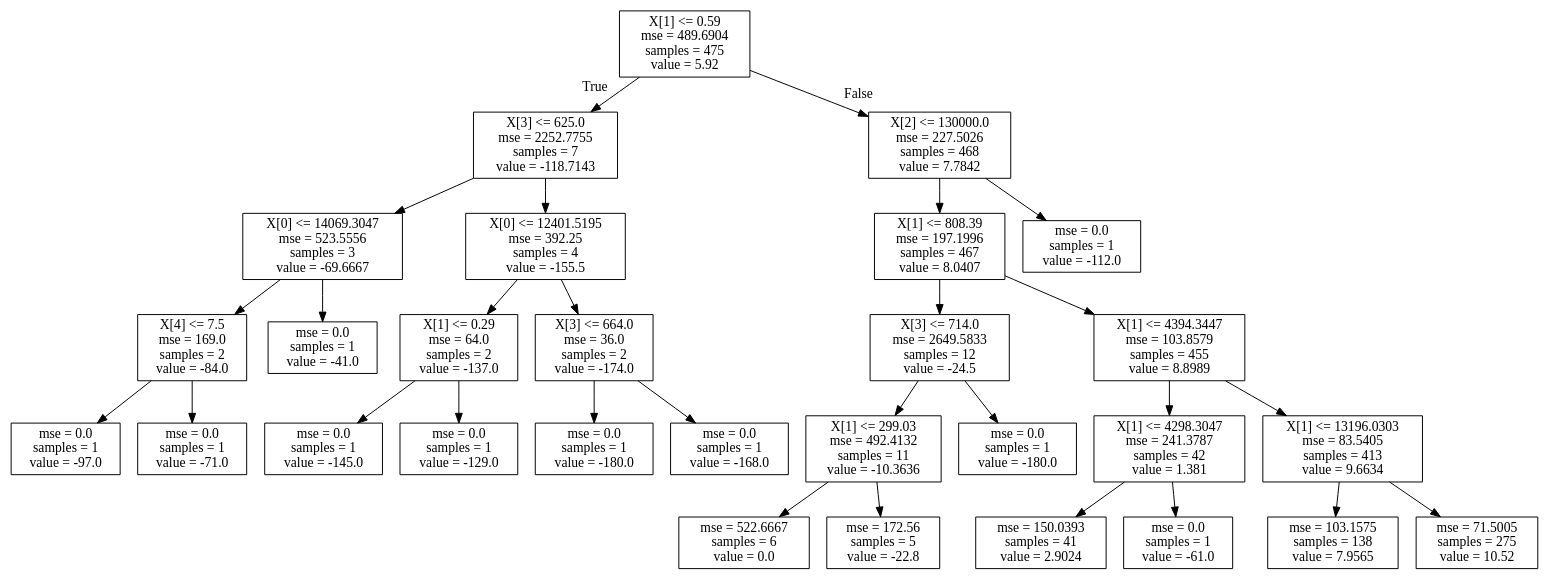
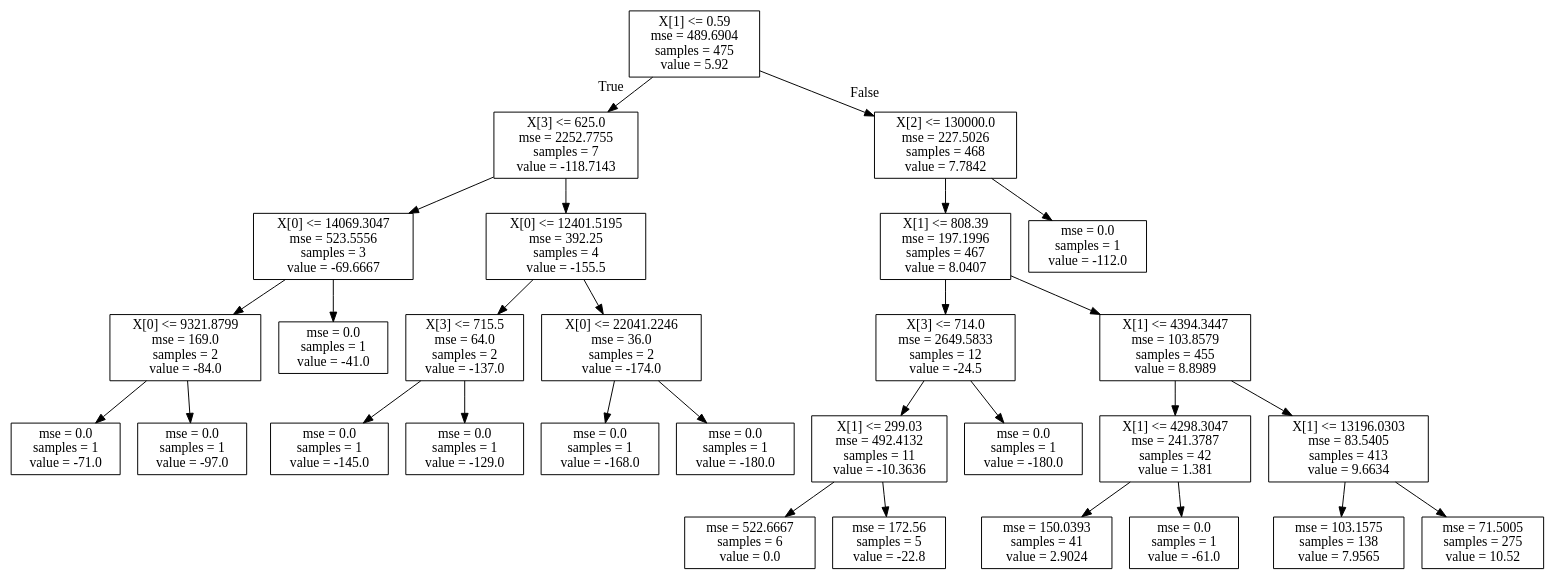
The diagram in tree.dot (csbrown/lending_challenge), drawn with Graphviz before and after one commit. The commit also changed 3 other files, not shown here.

```diff
--- a/tree.dot
+++ b/tree.dot
@@ -1,60 +1,60 @@
 digraph Tree {
 node [shape=box] ;
 0 [label="X[1] <= 0.59\nmse = 489.6904\nsamples = 475\nvalue = 5.92"] ;
 1 [label="X[3] <= 625.0\nmse = 2252.7755\nsamples = 7\nvalue = -118.7143"] ;
 0 -> 1 [labeldistance=2.5, labelangle=45, headlabel="True"] ;
 2 [label="X[0] <= 14069.3047\nmse = 523.5556\nsamples = 3\nvalue = -69.6667"] ;
 1 -> 2 ;
-3 [label="X[4] <= 7.5\nmse = 169.0\nsamples = 2\nvalue = -84.0"] ;
+3 [label="X[0] <= 9321.8799\nmse = 169.0\nsamples = 2\nvalue = -84.0"] ;
 2 -> 3 ;
-4 [label="mse = 0.0\nsamples = 1\nvalue = -97.0"] ;
+4 [label="mse = 0.0\nsamples = 1\nvalue = -71.0"] ;
 3 -> 4 ;
-5 [label="mse = 0.0\nsamples = 1\nvalue = -71.0"] ;
+5 [label="mse = 0.0\nsamples = 1\nvalue = -97.0"] ;
 3 -> 5 ;
 6 [label="mse = 0.0\nsamples = 1\nvalue = -41.0"] ;
 2 -> 6 ;
 7 [label="X[0] <= 12401.5195\nmse = 392.25\nsamples = 4\nvalue = -155.5"] ;
 1 -> 7 ;
-8 [label="X[1] <= 0.29\nmse = 64.0\nsamples = 2\nvalue = -137.0"] ;
+8 [label="X[3] <= 715.5\nmse = 64.0\nsamples = 2\nvalue = -137.0"] ;
 7 -> 8 ;
 9 [label="mse = 0.0\nsamples = 1\nvalue = -145.0"] ;
 8 -> 9 ;
 10 [label="mse = 0.0\nsamples = 1\nvalue = -129.0"] ;
 8 -> 10 ;
-11 [label="X[3] <= 664.0\nmse = 36.0\nsamples = 2\nvalue = -174.0"] ;
+11 [label="X[0] <= 22041.2246\nmse = 36.0\nsamples = 2\nvalue = -174.0"] ;
 7 -> 11 ;
-12 [label="mse = 0.0\nsamples = 1\nvalue = -180.0"] ;
+12 [label="mse = 0.0\nsamples = 1\nvalue = -168.0"] ;
 11 -> 12 ;
-13 [label="mse = 0.0\nsamples = 1\nvalue = -168.0"] ;
+13 [label="mse = 0.0\nsamples = 1\nvalue = -180.0"] ;
 11 -> 13 ;
 14 [label="X[2] <= 130000.0\nmse = 227.5026\nsamples = 468\nvalue = 7.7842"] ;
 0 -> 14 [labeldistance=2.5, labelangle=-45, headlabel="False"] ;
 15 [label="X[1] <= 808.39\nmse = 197.1996\nsamples = 467\nvalue = 8.0407"] ;
 14 -> 15 ;
 16 [label="X[3] <= 714.0\nmse = 2649.5833\nsamples = 12\nvalue = -24.5"] ;
 15 -> 16 ;
 17 [label="X[1] <= 299.03\nmse = 492.4132\nsamples = 11\nvalue = -10.3636"] ;
 16 -> 17 ;
 18 [label="mse = 522.6667\nsamples = 6\nvalue = 0.0"] ;
 17 -> 18 ;
 19 [label="mse = 172.56\nsamples = 5\nvalue = -22.8"] ;
 17 -> 19 ;
 20 [label="mse = 0.0\nsamples = 1\nvalue = -180.0"] ;
 16 -> 20 ;
 21 [label="X[1] <= 4394.3447\nmse = 103.8579\nsamples = 455\nvalue = 8.8989"] ;
 15 -> 21 ;
 22 [label="X[1] <= 4298.3047\nmse = 241.3787\nsamples = 42\nvalue = 1.381"] ;
 21 -> 22 ;
 23 [label="mse = 150.0393\nsamples = 41\nvalue = 2.9024"] ;
 22 -> 23 ;
 24 [label="mse = 0.0\nsamples = 1\nvalue = -61.0"] ;
 22 -> 24 ;
 25 [label="X[1] <= 13196.0303\nmse = 83.5405\nsamples = 413\nvalue = 9.6634"] ;
 21 -> 25 ;
 26 [label="mse = 103.1575\nsamples = 138\nvalue = 7.9565"] ;
 25 -> 26 ;
 27 [label="mse = 71.5005\nsamples = 275\nvalue = 10.52"] ;
 25 -> 27 ;
 28 [label="mse = 0.0\nsamples = 1\nvalue = -112.0"] ;
 14 -> 28 ;
 }
```
